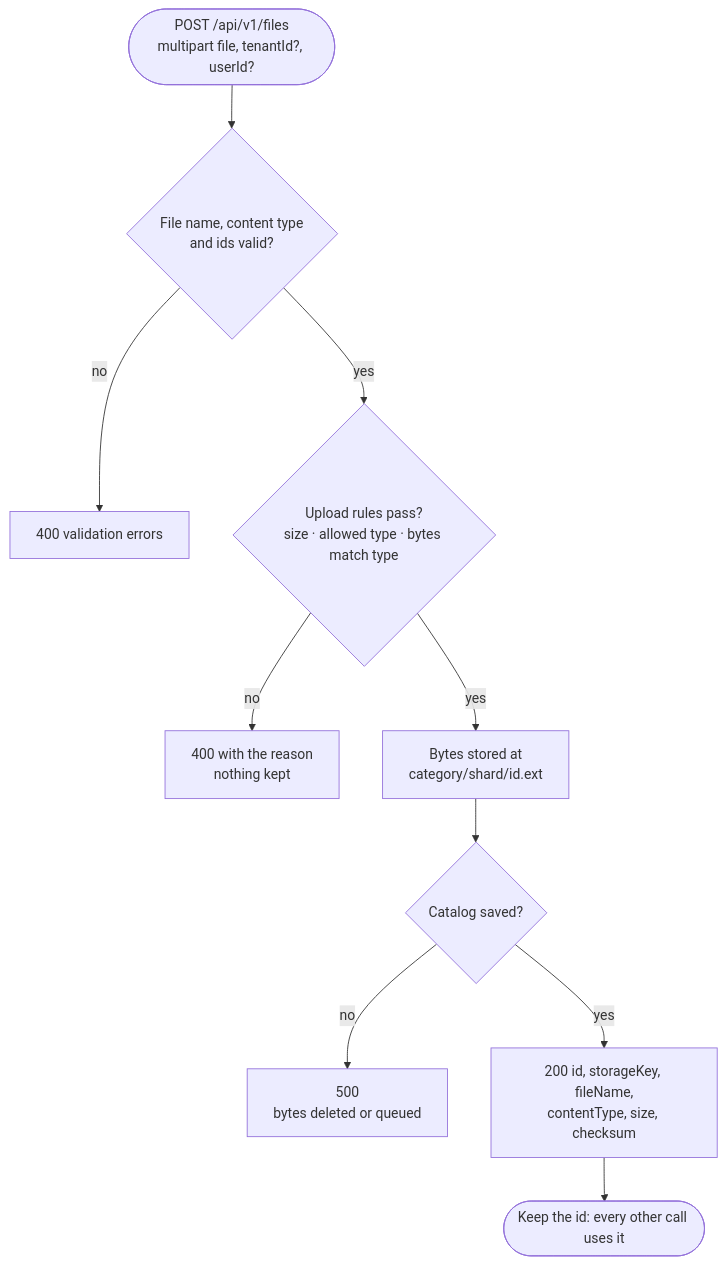
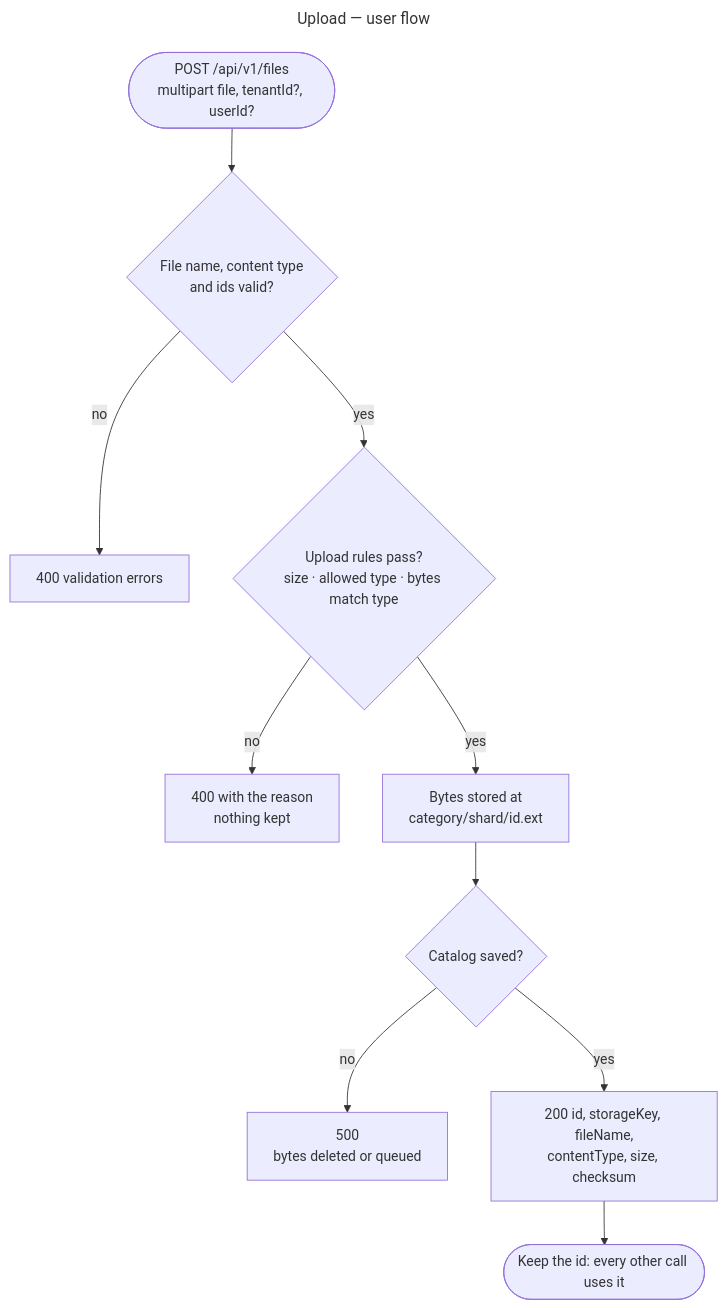
One commit to gmetskhvarishvili/GM.FileStorage.Samples changed the third of 11 diagrams in docs/user-flows.md. Above: the diagram before and after it, drawn with Mermaid. The commit also changed other lines of this file and 7 other files, not shown here.

First line of the commit message:
docs: name every diagram "subject — kind" and index them

````diff
--- a/docs/user-flows.md
+++ b/docs/user-flows.md
@@ -55,12 +64,15 @@
 ```mermaid
+---
+title: Upload — user flow
+---
 flowchart TD
     start([POST /api/v1/files<br/>multipart file, tenantId?, userId?]) --> valid{File name, content type<br/>and ids valid?}
     valid -- no --> v400[400 validation errors]
     valid -- yes --> rules{Upload rules pass?<br/>size · allowed type · bytes match type}
     rules -- no --> r400[400 with the reason<br/>nothing kept]
     rules -- yes --> stored[Bytes stored at<br/>category/shard/id.ext]
     stored --> saved{Catalog saved?}
     saved -- no --> e500[500<br/>bytes deleted or queued]
     saved -- yes --> ok[200 id, storageKey, fileName,<br/>contentType, size, checksum]
     ok --> next([Keep the id: every other call uses it])
 ```
````
